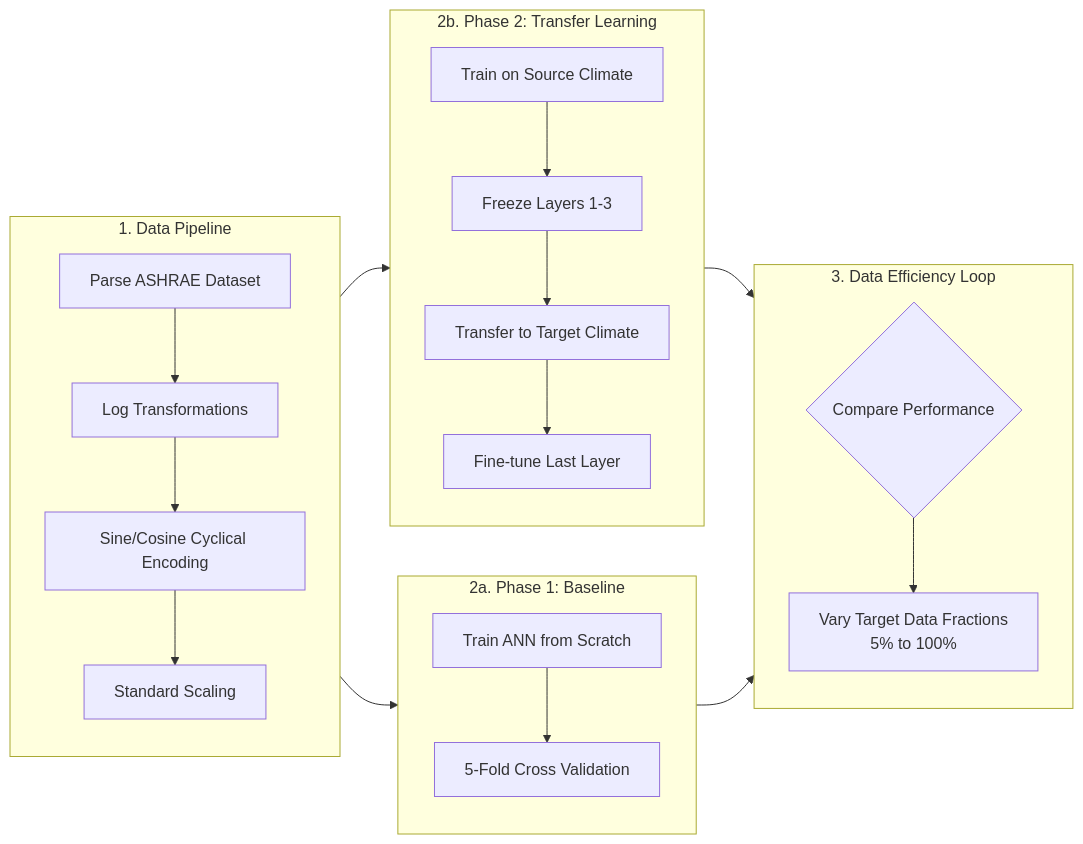
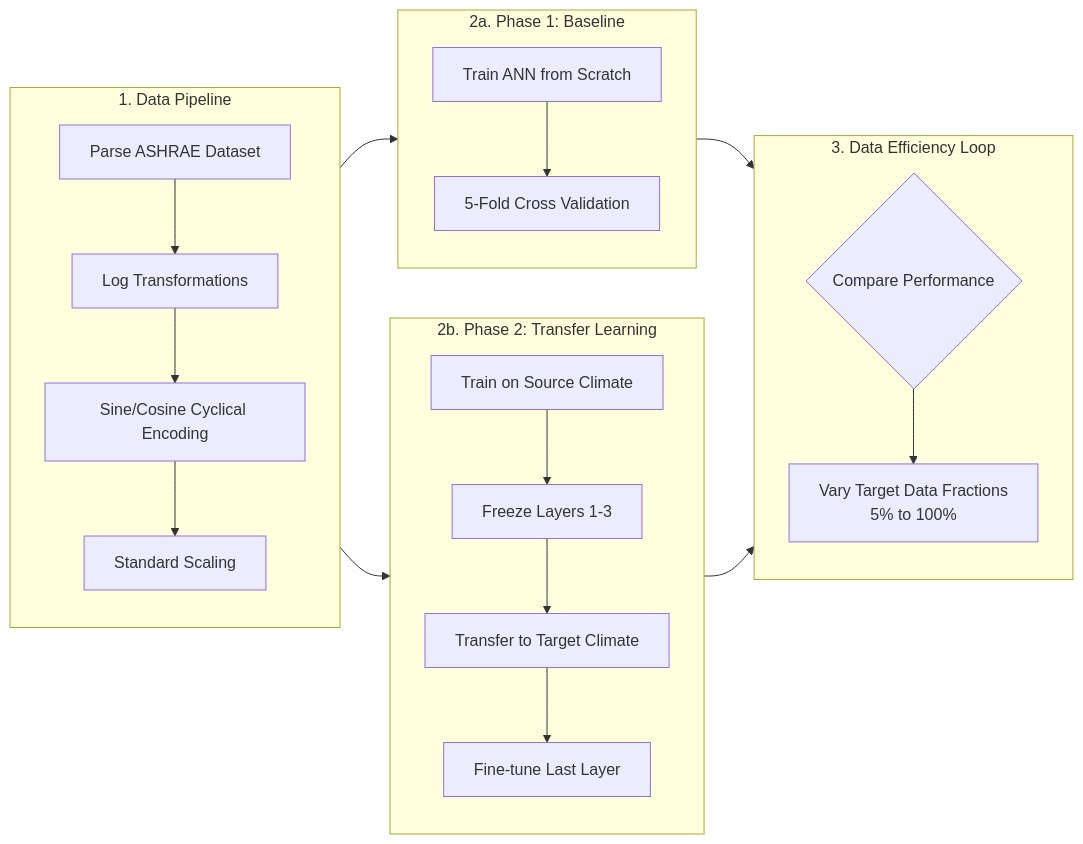
Before and after one commit to shreeyadav06/NZEB-ANN: the diagram in PPT_CONTENT.md, drawn with Mermaid. The commit also changed other lines of this file, not shown here.

Commit message:
Swap order of Phase 1 and Phase 2 in mermaid diagram to fix rendering height

````diff
--- a/PPT_CONTENT.md
+++ b/PPT_CONTENT.md
@@ -39,31 +39,31 @@
 ```mermaid
 graph LR
     subgraph Pipeline [1. Data Pipeline]
         direction TB
         A[Parse ASHRAE Dataset] --> B[Log Transformations]
         B --> C[Sine/Cosine Cyclical Encoding]
         C --> D[Standard Scaling]
     end
     
-    subgraph Phase1 [2a. Phase 1: Baseline]
-        direction TB
-        E[Train ANN from Scratch] --> F[5-Fold Cross Validation]
-    end
-    
     subgraph Phase2 [2b. Phase 2: Transfer Learning]
         direction TB
         G[Train on Source Climate] --> H[Freeze Layers 1-3]
         H --> I[Transfer to Target Climate]
         I --> J[Fine-tune Last Layer]
     end
     
+    subgraph Phase1 [2a. Phase 1: Baseline]
+        direction TB
+        E[Train ANN from Scratch] --> F[5-Fold Cross Validation]
+    end
+    
     subgraph Evaluation [3. Data Efficiency Loop]
         direction TB
         K{Compare Performance} --> L[Vary Target Data Fractions<br/>5% to 100%]
     end
 
+    D --> G
     D --> E
-    D --> G
+    J --> K
     F --> K
-    J --> K
 ```
````
